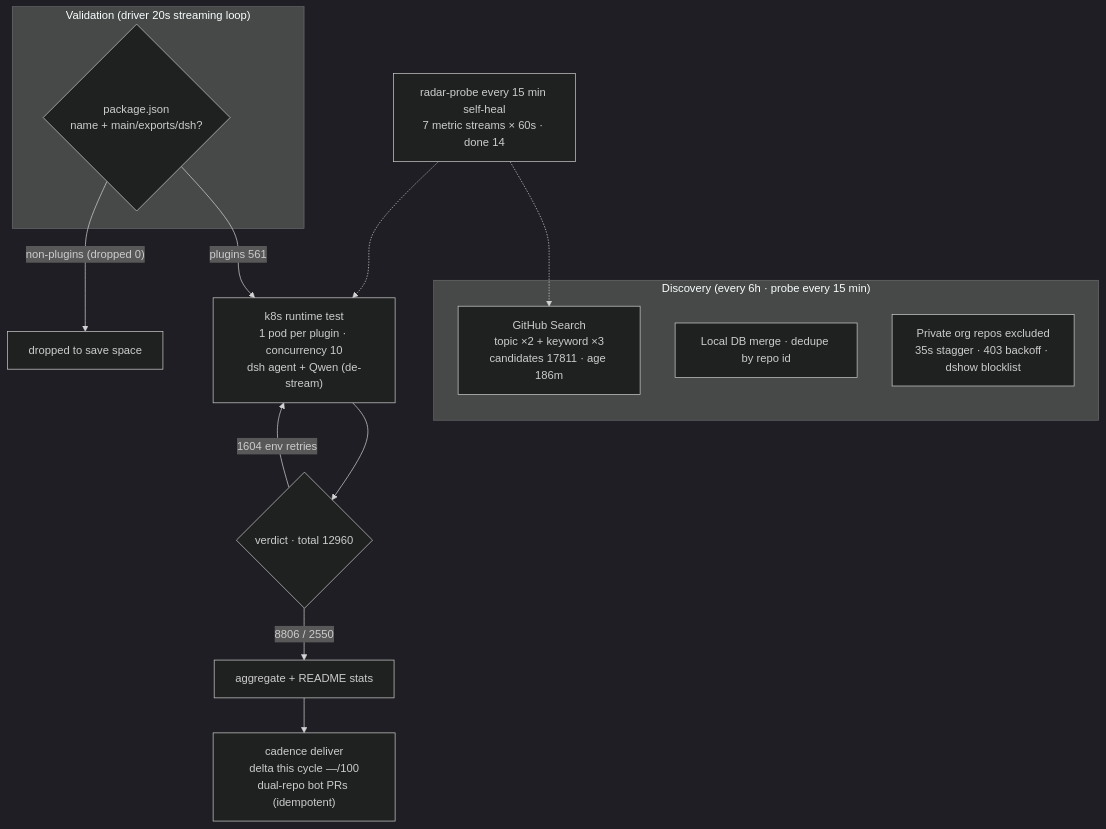
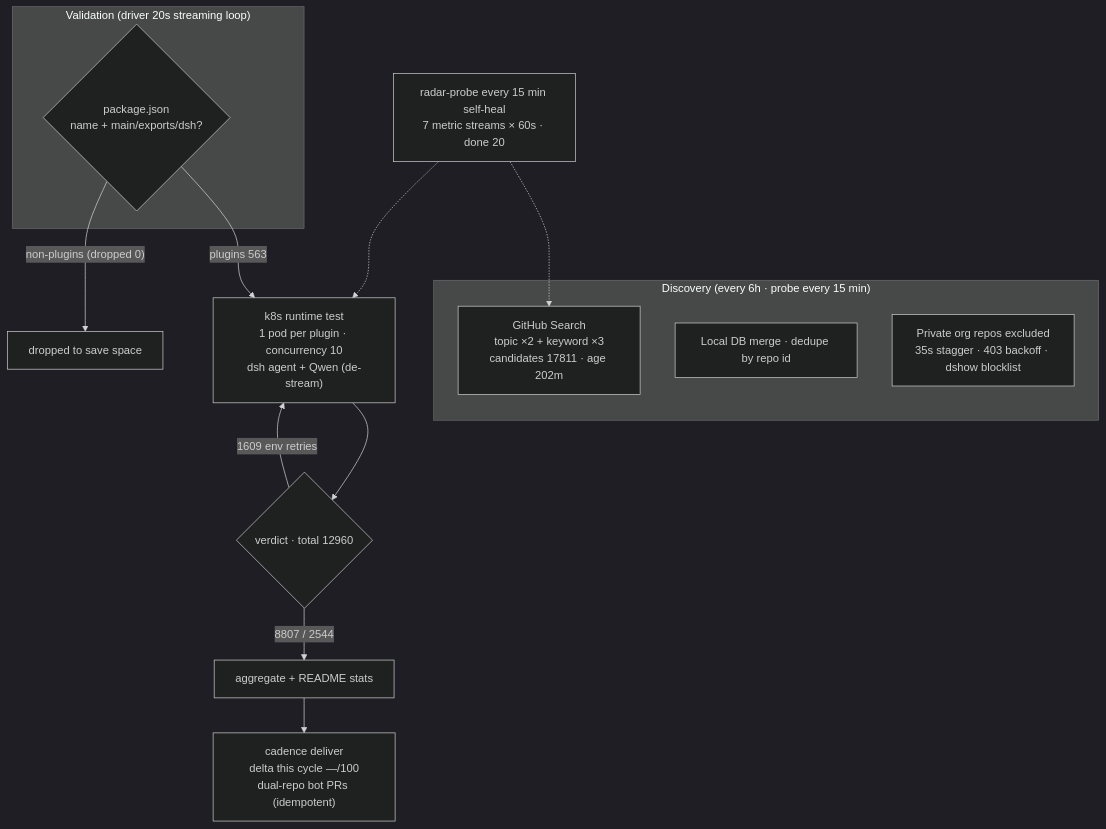
The diagram in README.en-US.md (AdamPlatin123/awesome-dsh-plugins), drawn with Mermaid (dark theme) before and after one commit. The commit also changed other lines of this file and 5 other files, not shown here.

````diff
--- a/README.en-US.md
+++ b/README.en-US.md
@@ -45,20 +45,20 @@
 ```mermaid
 flowchart TB
     subgraph Discovery["Discovery (every 6h · probe every 15 min)"]
-        A1["GitHub Search<br/>topic ×2 + keyword ×3<br/>candidates 17811 · age 186m"]
+        A1["GitHub Search<br/>topic ×2 + keyword ×3<br/>candidates 17811 · age 202m"]
         A2["Local DB merge · dedupe by repo id"]
         A3["Private org repos excluded<br/>35s stagger · 403 backoff · dshow blocklist"]
     end
     subgraph Validation["Validation (driver 20s streaming loop)"]
         B1{"package.json<br/>name + main/exports/dsh?"}
     end
-    B1 -->|"plugins 561"| C1["k8s runtime test<br/>1 pod per plugin · concurrency 10<br/>dsh agent + Qwen (de-stream)"]
+    B1 -->|"plugins 563"| C1["k8s runtime test<br/>1 pod per plugin · concurrency 10<br/>dsh agent + Qwen (de-stream)"]
     B1 -->|"non-plugins (dropped 0)"| B3["dropped to save space"]
     C1 --> D1{"verdict · total 12960"}
-    D1 -->|"8806 / 2550"| E1["aggregate + README stats"]
-    D1 -->|"1604 env retries"| C1
+    D1 -->|"8807 / 2544"| E1["aggregate + README stats"]
+    D1 -->|"1609 env retries"| C1
     E1 --> E2["cadence deliver<br/>delta this cycle —/100<br/>dual-repo bot PRs (idempotent)"]
-    M["radar-probe every 15 min self-heal<br/>7 metric streams × 60s · done 14"]
+    M["radar-probe every 15 min self-heal<br/>7 metric streams × 60s · done 20"]
     M -.-> A1
     M -.-> C1
 ```
````
